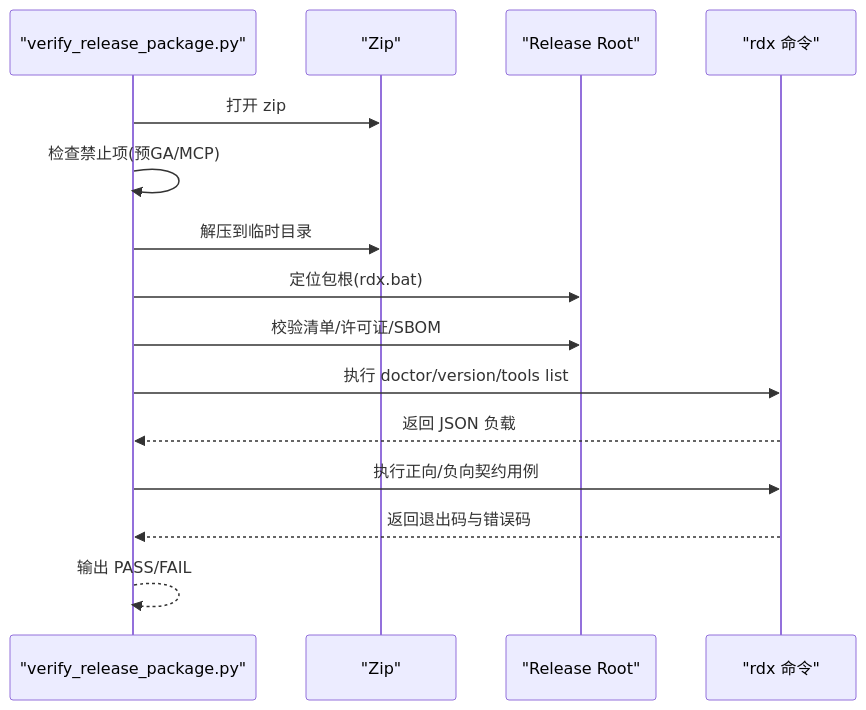
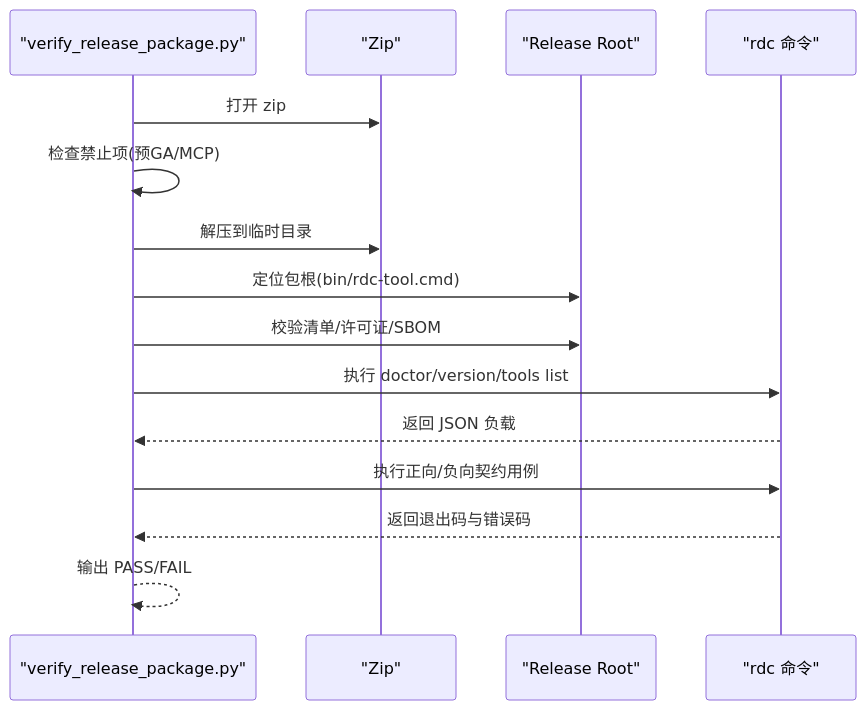
One commit to haolange/RDC-Tool changed the fifth of 8 diagrams in .qoder/repowiki/zh/content/部署和发布/分发准备.md. Above: the diagram before and after it, drawn with Mermaid. The commit also changed other lines of this file and 388 other files, not shown here.

First line of the commit message:
Release RDC-Tool identity and public maintenance surface

````diff
--- a/.qoder/repowiki/zh/content/部署和发布/分发准备.md
+++ b/.qoder/repowiki/zh/content/部署和发布/分发准备.md
@@ -174,17 +174,17 @@
 ```mermaid
 sequenceDiagram
 participant V as "verify_release_package.py"
 participant Z as "Zip"
 participant R as "Release Root"
-participant CLI as "rdx 命令"
+participant CLI as "rdc 命令"
 V->>Z : 打开 zip
 V->>V : 检查禁止项(预GA/MCP)
 V->>Z : 解压到临时目录
-V->>R : 定位包根(rdx.bat)
+V->>R : 定位包根(bin/rdc-tool.cmd)
 V->>R : 校验清单/许可证/SBOM
 V->>CLI : 执行 doctor/version/tools list
 CLI-->>V : 返回 JSON 负载
 V->>CLI : 执行正向/负向契约用例
 CLI-->>V : 返回退出码与错误码
 V-->>V : 输出 PASS/FAIL
 ```
````
